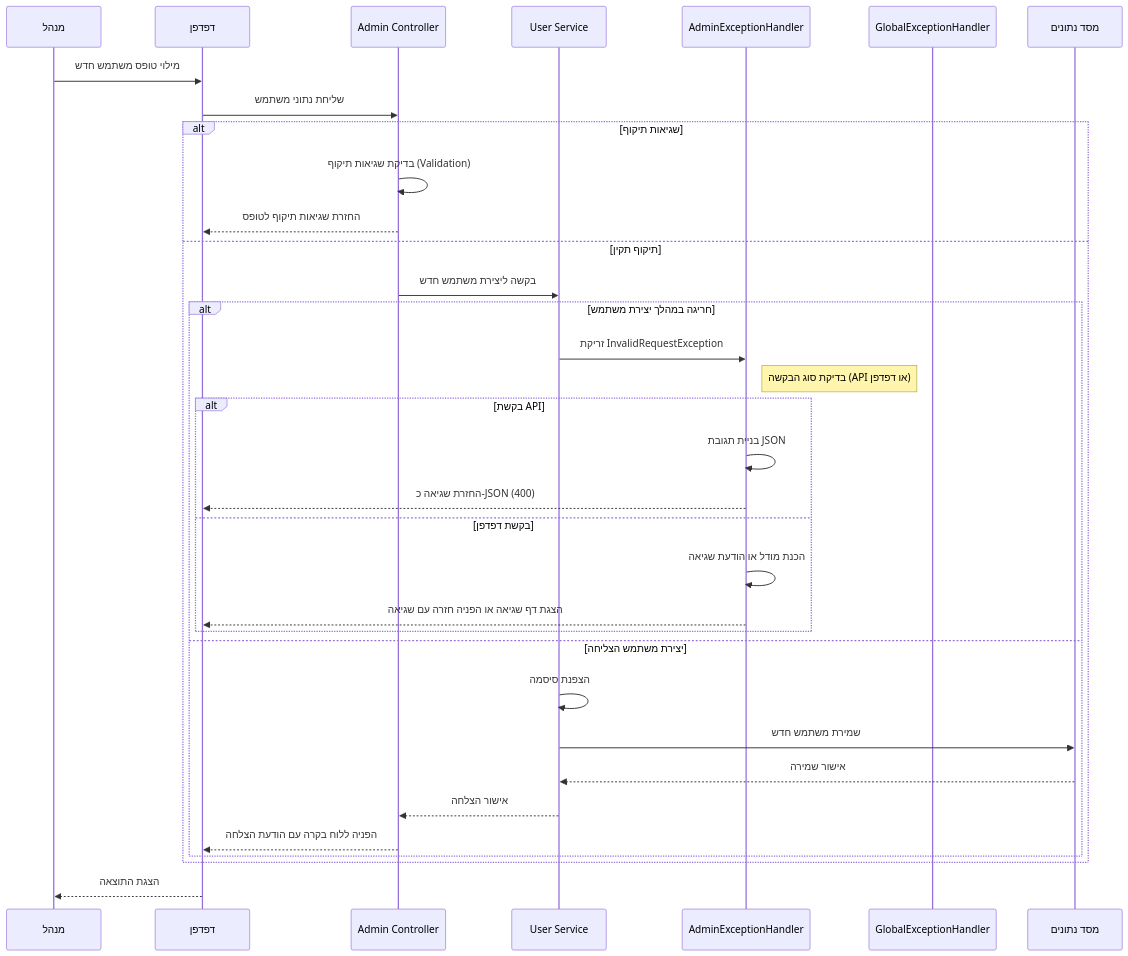
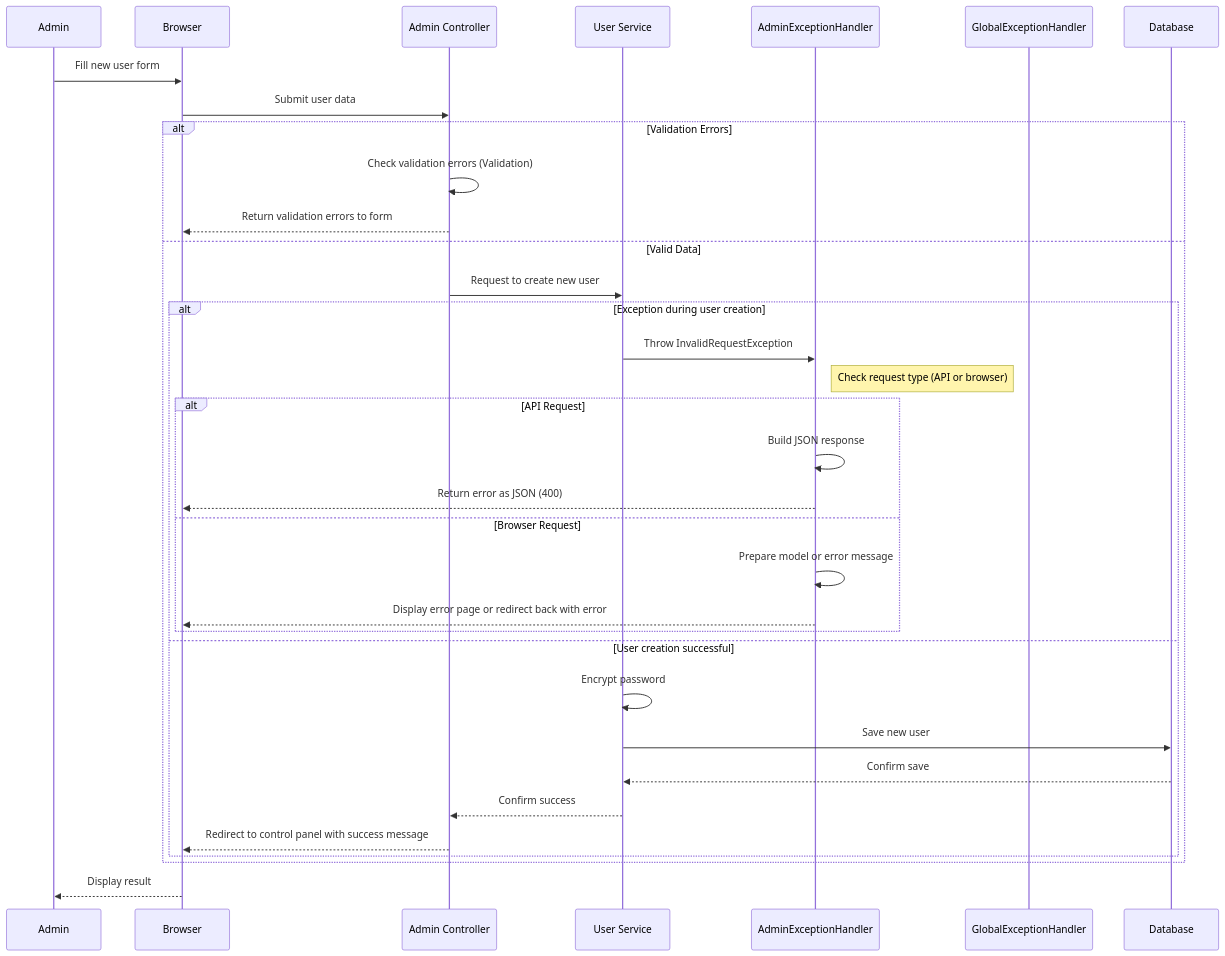
Before and after one commit to EliGuriel/Course_Meeting5: the ninth of 11 diagrams in Stage6/תיעוד פרויקט ניהול משתמשים ותפקידים - Stage6.md, drawn with Mermaid. The commit also changed other lines of this file and 19 other files, not shown here.

````diff
--- a/Stage6/תיעוד פרויקט ניהול משתמשים ותפקידים - Stage6.md
+++ b/Stage6/תיעוד פרויקט ניהול משתמשים ותפקידים - Stage6.md
@@ -775,42 +775,42 @@
 ```mermaid
 sequenceDiagram
-    participant Admin as מנהל
-    participant Browser as דפדפן
+    participant Admin
+    participant Browser
     participant Controller as Admin Controller
     participant Service as User Service
     participant AdminHandler as AdminExceptionHandler
     participant GlobalHandler as GlobalExceptionHandler
-    participant DB as מסד נתונים
+    participant DB as Database
     
-    Admin->>Browser: מילוי טופס משתמש חדש
-    Browser->>Controller: שליחת נתוני משתמש
+    Admin->>Browser: Fill new user form
+    Browser->>Controller: Submit user data
     
-    alt שגיאות תיקוף
-        Controller->>Controller: בדיקת שגיאות תיקוף (Validation)
-        Controller-->>Browser: החזרת שגיאות תיקוף לטופס
-    else תיקוף תקין
-        Controller->>Service: בקשה ליצירת משתמש חדש
+    alt Validation Errors
+        Controller->>Controller: Check validation errors (Validation)
+        Controller-->>Browser: Return validation errors to form
+    else Valid Data
+        Controller->>Service: Request to create new user
         
-        alt חריגה במהלך יצירת משתמש
-            Service->>AdminHandler: זריקת InvalidRequestException
-            Note right of AdminHandler: בדיקת סוג הבקשה (API או דפדפן)
+        alt Exception during user creation
+            Service->>AdminHandler: Throw InvalidRequestException
+            Note right of AdminHandler: Check request type (API or browser)
             
-            alt בקשת API
-                AdminHandler->>AdminHandler: בניית תגובת JSON
-                AdminHandler-->>Browser: החזרת שגיאה כ-JSON (400)
-            else בקשת דפדפן
-                AdminHandler->>AdminHandler: הכנת מודל או הודעת שגיאה
-                AdminHandler-->>Browser: הצגת דף שגיאה או הפניה חזרה עם שגיאה
+            alt API Request
+                AdminHandler->>AdminHandler: Build JSON response
+                AdminHandler-->>Browser: Return error as JSON (400)
+            else Browser Request
+                AdminHandler->>AdminHandler: Prepare model or error message
+                AdminHandler-->>Browser: Display error page or redirect back with error
             end
             
-        else יצירת משתמש הצליחה
-            Service->>Service: הצפנת סיסמה
-            Service->>DB: שמירת משתמש חדש
-            DB-->>Service: אישור שמירה
-            Service-->>Controller: אישור הצלחה
-            Controller-->>Browser: הפניה ללוח בקרה עם הודעת הצלחה
+        else User creation successful
+            Service->>Service: Encrypt password
+            Service->>DB: Save new user
+            DB-->>Service: Confirm save
+            Service-->>Controller: Confirm success
+            Controller-->>Browser: Redirect to control panel with success message
         end
     end
     
-    Browser-->>Admin: הצגת התוצאה
+    Browser-->>Admin: Display result
 ```
````
